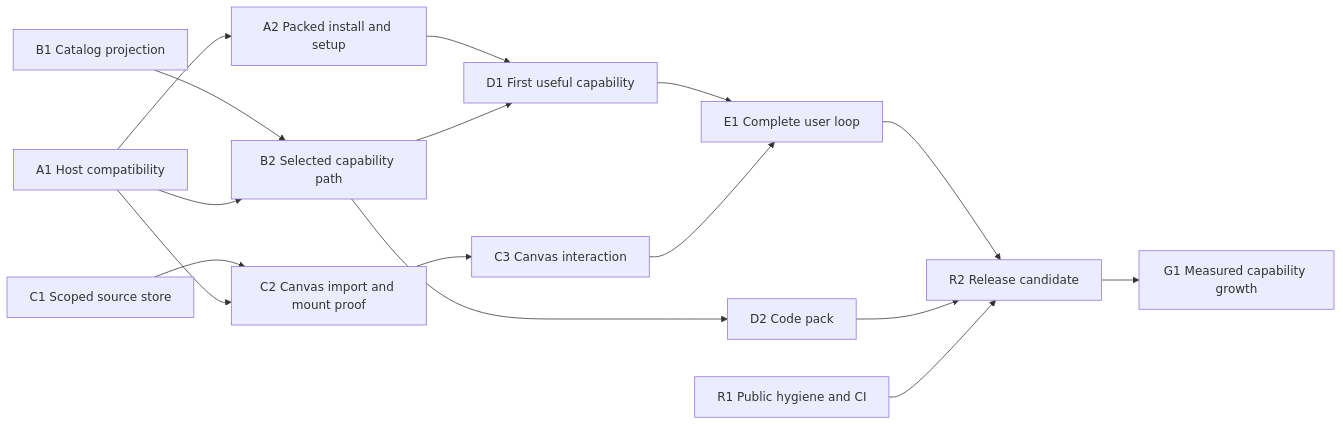
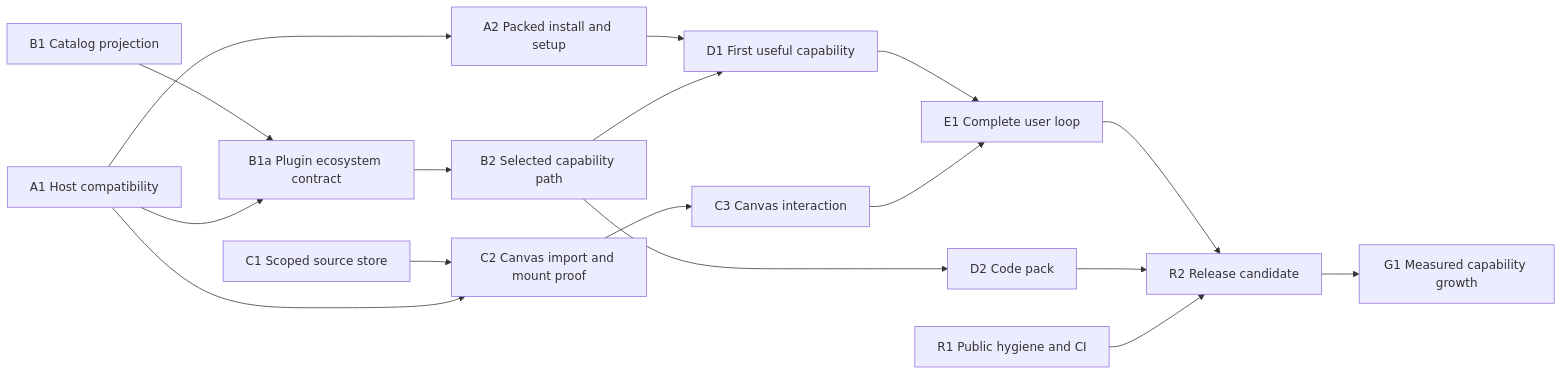
Before and after one commit to Foshowithit/dsh-operator-ui: the diagram in docs/superpowers/plans/2026-09-28-public-desktop-release.md, drawn with Mermaid. The commit also changed other lines of this file and 3 other files, not shown here.

Commit message:
docs: plan DSH plugin ecosystem integration

````diff
--- a/docs/superpowers/plans/2026-09-28-public-desktop-release.md
+++ b/docs/superpowers/plans/2026-09-28-public-desktop-release.md
@@ -59,18 +67,19 @@
 ```mermaid
 flowchart LR
   A1["A1 Host compatibility"] --> A2["A2 Packed install and setup"]
-  B1["B1 Catalog projection"] --> B2["B2 Selected capability path"]
+  B1["B1 Catalog projection"] --> B1a["B1a Plugin ecosystem contract"]
+  A1 --> B1a
+  B1a --> B2["B2 Selected capability path"]
   C1["C1 Scoped source store"] --> C2["C2 Canvas import and mount proof"]
   A1 --> C2
-  A1 --> B2
   A2 --> D1["D1 First useful capability"]
   B2 --> D1
   C2 --> C3["C3 Canvas interaction"]
   D1 --> E1["E1 Complete user loop"]
   C3 --> E1
   B2 --> D2["D2 Code pack"]
   E1 --> R2["R2 Release candidate"]
   D2 --> R2
   R1["R1 Public hygiene and CI"] --> R2
   R2 --> G1["G1 Measured capability growth"]
 ```
````
